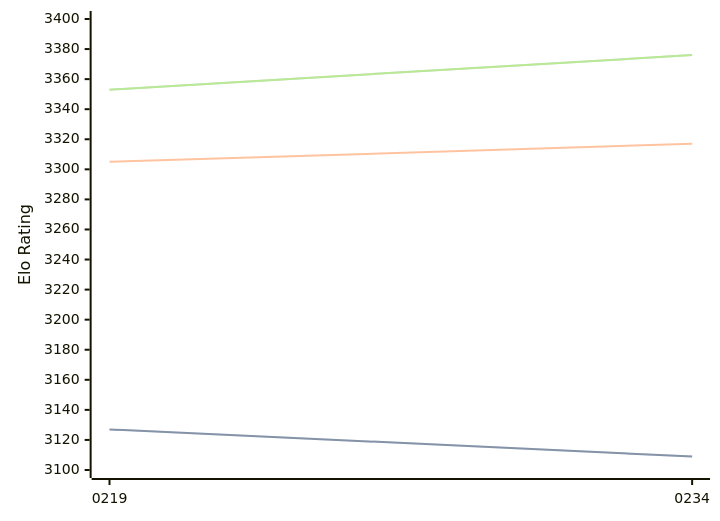
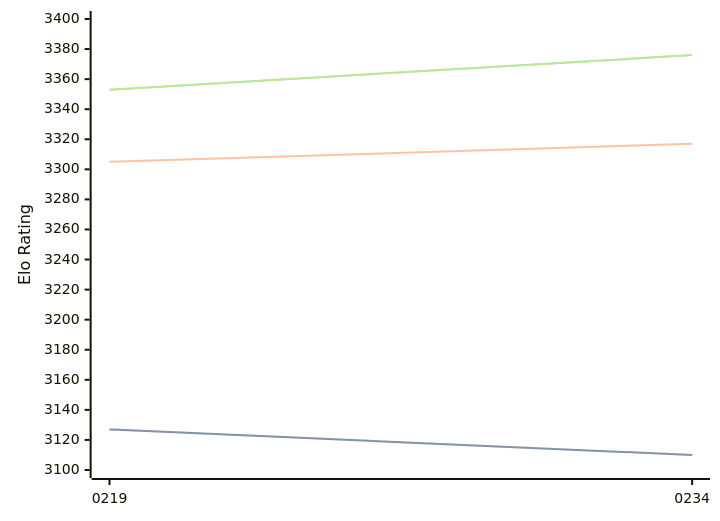
One commit to computer-chess-index/cci changed the first of 3 diagrams in engines/Ynode.md. Above: the diagram before and after it, drawn with Mermaid. The commit also changed other lines of this file, not shown here.

````diff
--- a/engines/Ynode.md
+++ b/engines/Ynode.md
@@ -39,11 +39,11 @@
 ```mermaid
 %%{init: {"theme":"base","themeVariables":{"seriesColors:['#a3a3a3','#222221','#faa371']}}}%%
 xychart-beta
   x-axis ["0219", "0234"]
   y-axis "Elo Rating" 3100 --> 3400
-  line "STC (8.0+0.08s)" [3127, 3109]
-  line "STC (8.0+0.08s)" [3127, 3109]
+  line "STC (8.0+0.08s)" [3127, 3110]
+  line "STC (8.0+0.08s)" [3127, 3110]
   line "LTC (60.0+0.60s)" [3305, 3317]
   line "VLTC (2m24s+1.12s)" [3353, 3376]
   line "VLTC (2m24s+1.12s)" [3353, 3376]
 ```
````
